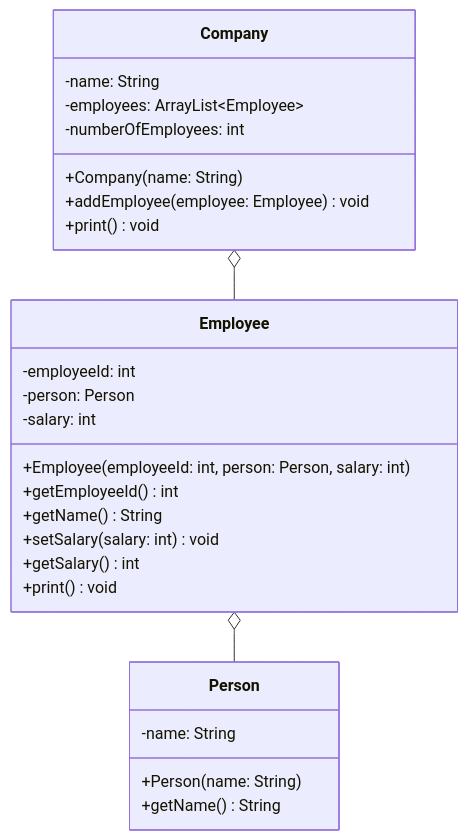
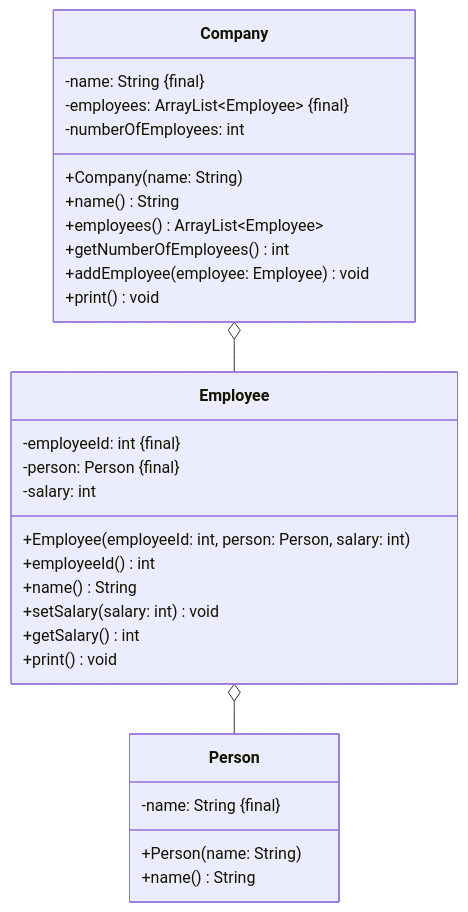
Before and after one commit to jappuccini/java-docs: the diagram in docs/exercises/uml/class-diagrams04.mdx, drawn with Mermaid. The commit also changed other lines of this file and 33 other files, not shown here.

Commit message:
add final-property, change getter-description, change list- and map-declarations

````diff
--- a/docs/exercises/uml/class-diagrams04.mdx
+++ b/docs/exercises/uml/class-diagrams04.mdx
@@ -15,32 +15,35 @@
 ```mermaid
 classDiagram
     Company o-- Employee
     Employee o-- Person
 
     class Company {
-        -name: String
-        -employees: ArrayList~Employee~
+        -name: String &#123final&#125
+        -employees: ArrayList~Employee~ &#123final&#125
         -numberOfEmployees: int
         +Company(name: String)
+        +name() String
+        +employees() ArrayList~Employee~
+        +getNumberOfEmployees() int
         +addEmployee(employee: Employee) void
         +print() void
     }
 
     class Person {
-        -name: String
+        -name: String &#123final&#125
         +Person(name: String)
-        +getName() String
+        +name() String
     }
 
     class Employee {
-        -employeeId: int
-        -person: Person
+        -employeeId: int &#123final&#125
+        -person: Person &#123final&#125
         -salary: int
         +Employee(employeeId: int, person: Person, salary: int)
-        +getEmployeeId() int
-        +getName() String
+        +employeeId() int
+        +name() String
         +setSalary(salary: int) void
         +getSalary() int
         +print() void
     }
 ```
````
